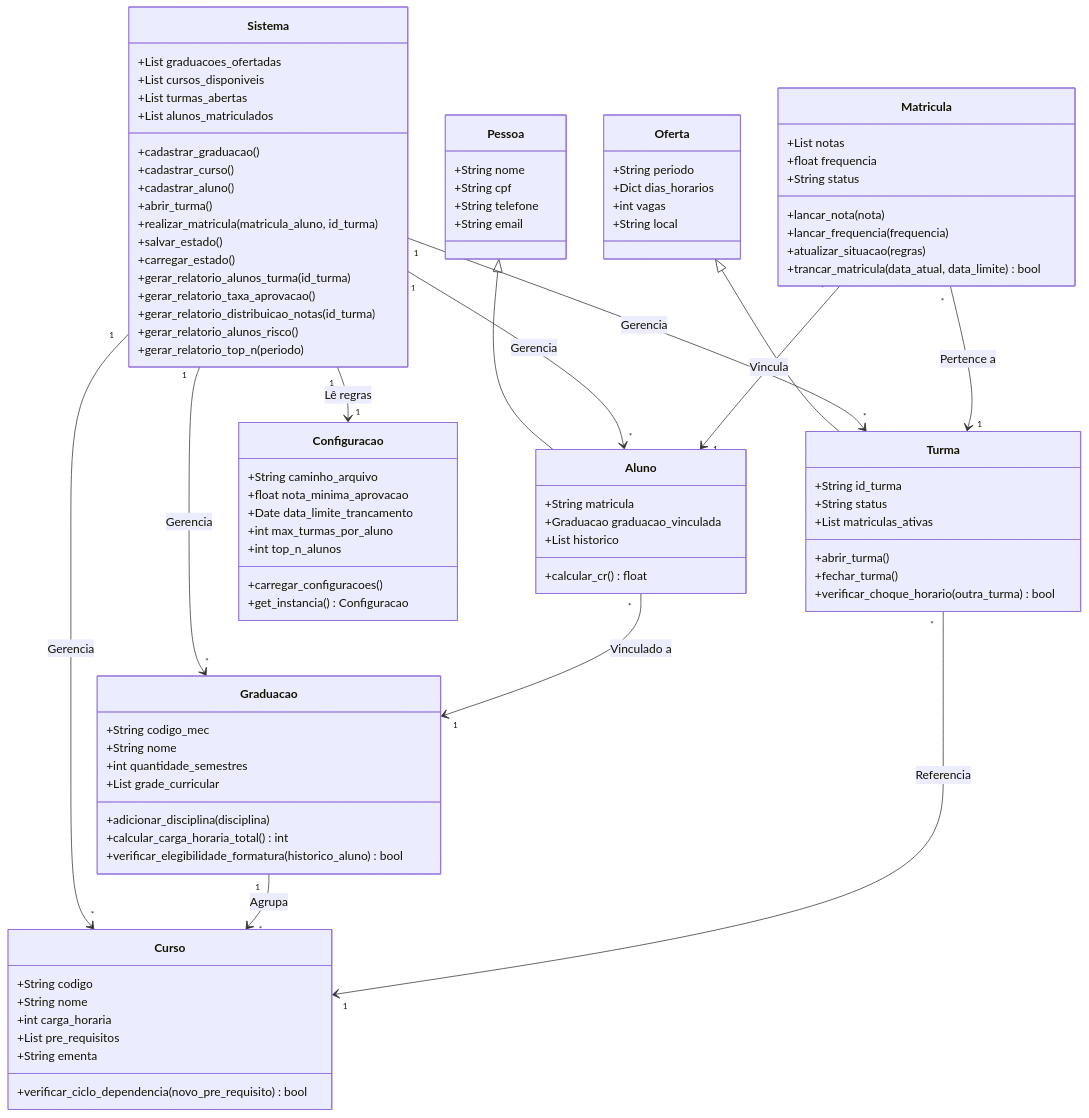
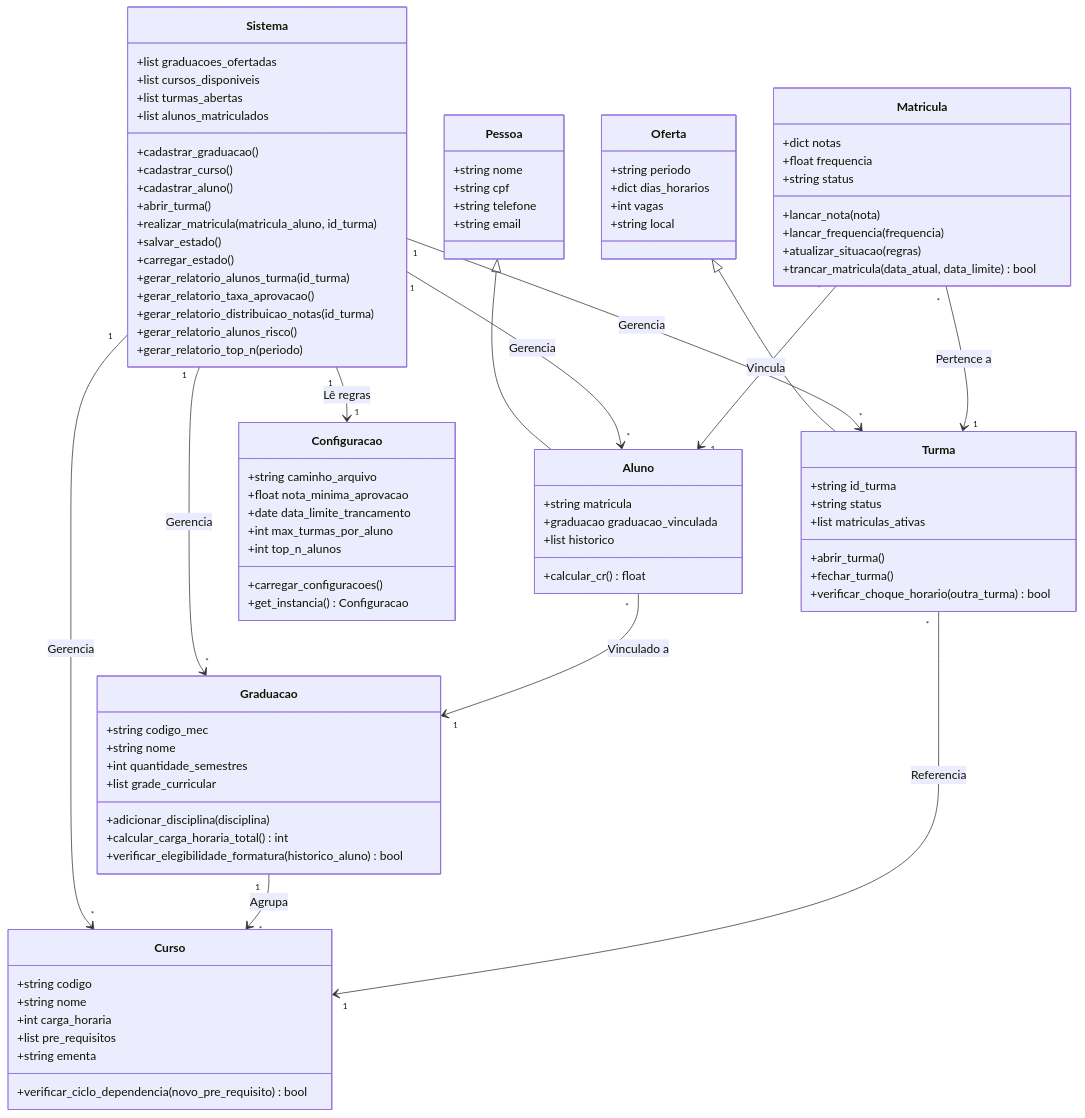
One commit to tiagopds-dev/Gerenciador-de-Cursos-e-Alunos changed the diagram in README.md. Above: the diagram before and after it, drawn with Mermaid.

Commit message:
muda tipo de atributo notas da classe Matricula

```diff
--- a/README.md
+++ b/README.md
@@ -27,30 +27,30 @@
 classDiagram
     %% Definição das Classes Base e Herdeiras
     class Pessoa {
-        +String nome
-        +String cpf
-        +String telefone
-        +String email
+        +string nome
+        +string cpf
+        +string telefone
+        +string email
     }
 
     class Aluno {
-        +String matricula
-        +Graduacao graduacao_vinculada
-        +List historico
+        +string matricula
+        +graduacao graduacao_vinculada
+        +list historico
         +calcular_cr() float
     }
 
     class Oferta {
-        +String periodo
-        +Dict dias_horarios
+        +string periodo
+        +dict dias_horarios
         +int vagas
-        +String local
+        +string local
     }
 
     class Turma {
-        +String id_turma
-        +String status
-        +List matriculas_ativas
+        +string id_turma
+        +string status
+        +list matriculas_ativas
         +abrir_turma()
         +fechar_turma()
         +verificar_choque_horario(outra_turma) bool
@@ -58,28 +58,28 @@
 
     %% Classes de Domínio Acadêmico
     class Graduacao {
-        +String codigo_mec
-        +String nome
+        +string codigo_mec
+        +string nome
         +int quantidade_semestres
-        +List grade_curricular
+        +list grade_curricular
         +adicionar_disciplina(disciplina)
         +calcular_carga_horaria_total() int
         +verificar_elegibilidade_formatura(historico_aluno) bool
     }
 
     class Curso {
-        +String codigo
-        +String nome
+        +string codigo
+        +string nome
         +int carga_horaria
-        +List pre_requisitos
-        +String ementa
+        +list pre_requisitos
+        +string ementa
         +verificar_ciclo_dependencia(novo_pre_requisito) bool
     }
 
     class Matricula {
-        +List notas
+        +dict notas
         +float frequencia
-        +String status
+        +string status
         +lancar_nota(nota)
         +lancar_frequencia(frequencia)
         +atualizar_situacao(regras)
@@ -88,9 +88,9 @@
 
     %% Classes de Controle e Gerenciamento
     class Configuracao {
-        +String caminho_arquivo
+        +string caminho_arquivo
         +float nota_minima_aprovacao
-        +Date data_limite_trancamento
+        +date data_limite_trancamento
         +int max_turmas_por_aluno
         +int top_n_alunos
         +carregar_configuracoes()
@@ -98,10 +98,10 @@
     }
 
     class Sistema {
-        +List graduacoes_ofertadas
-        +List cursos_disponiveis
-        +List turmas_abertas
-        +List alunos_matriculados
+        +list graduacoes_ofertadas
+        +list cursos_disponiveis
+        +list turmas_abertas
+        +list alunos_matriculados
         +cadastrar_graduacao()
         +cadastrar_curso()
         +cadastrar_aluno()
```
